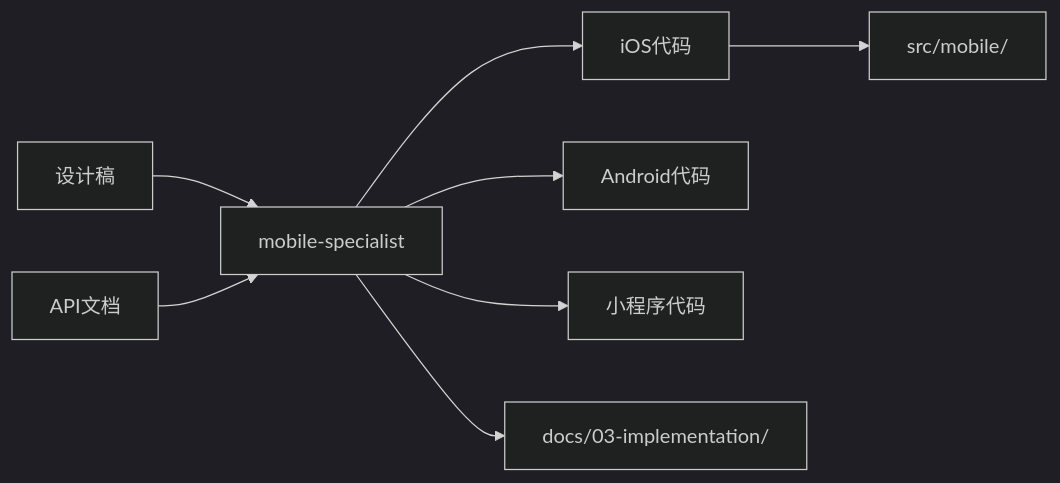
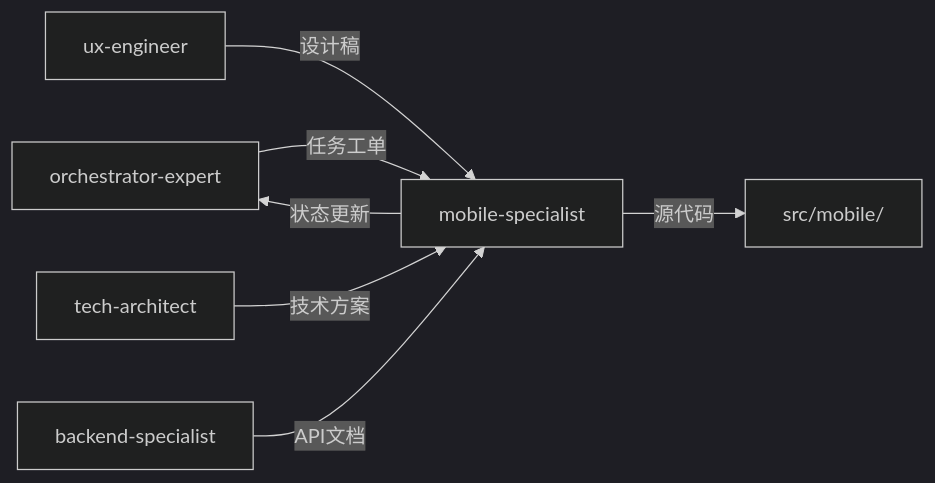
Before and after one commit to Tooooommy/Trae-Workflow: the diagram in skills/mobile-specialist/SKILL.md, drawn with Mermaid (dark theme). The commit also changed other lines of this file and 1 other file, not shown here.

First line of the commit message:
refactor: optimize mobile-specialist for orchestrator-expert workflow

````diff
--- a/skills/mobile-specialist/SKILL.md
+++ b/skills/mobile-specialist/SKILL.md
@@ -149,10 +79,9 @@
 ```mermaid
 flowchart LR
-    A[设计稿] --> B[mobile-specialist]
-    C[API文档] --> B
-    B --> D[iOS代码]
-    B --> E[Android代码]
-    B --> F[小程序代码]
-    D --> G[src/mobile/]
-    B --> H[docs/03-implementation/]
+    A[orchestrator-expert] -->|任务工单| B[mobile-specialist]
+    C[ux-engineer] -->|设计稿| B
+    D[tech-architect] -->|技术方案| B
+    E[backend-specialist] -->|API文档| B
+    B -->|源代码| F[src/mobile/]
+    B -->|状态更新| A
 ```
````
